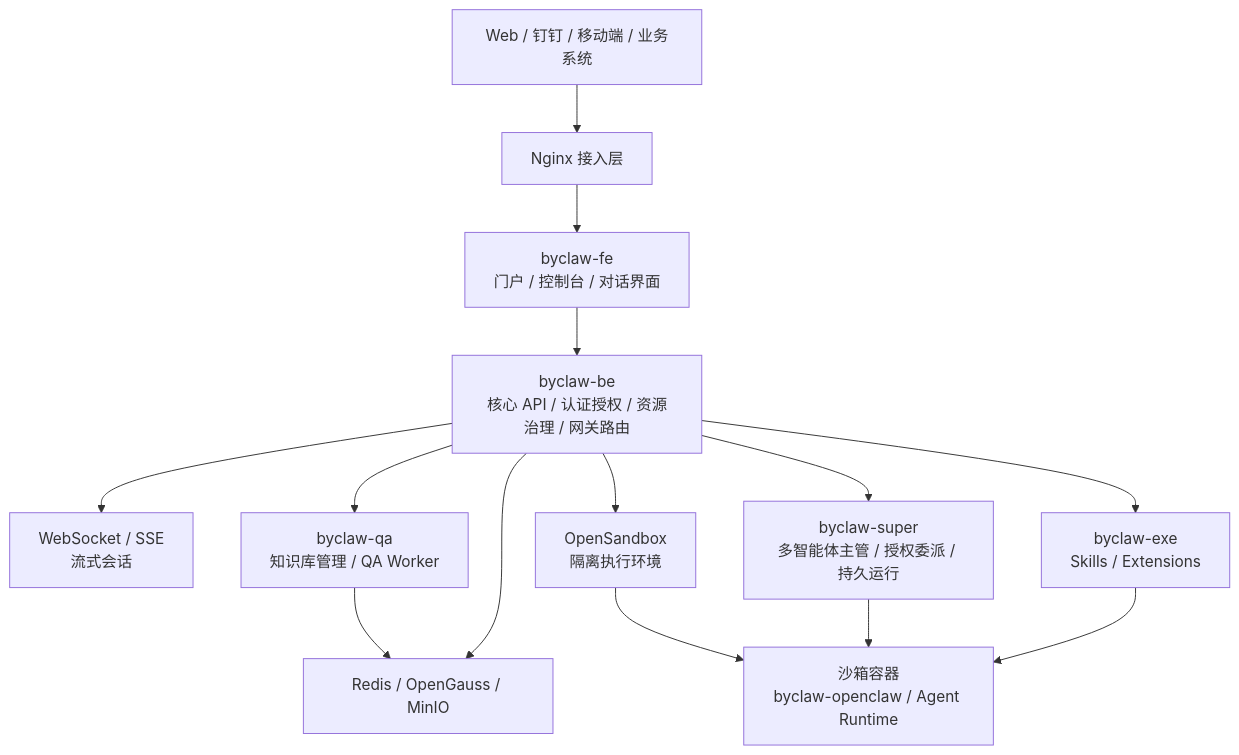
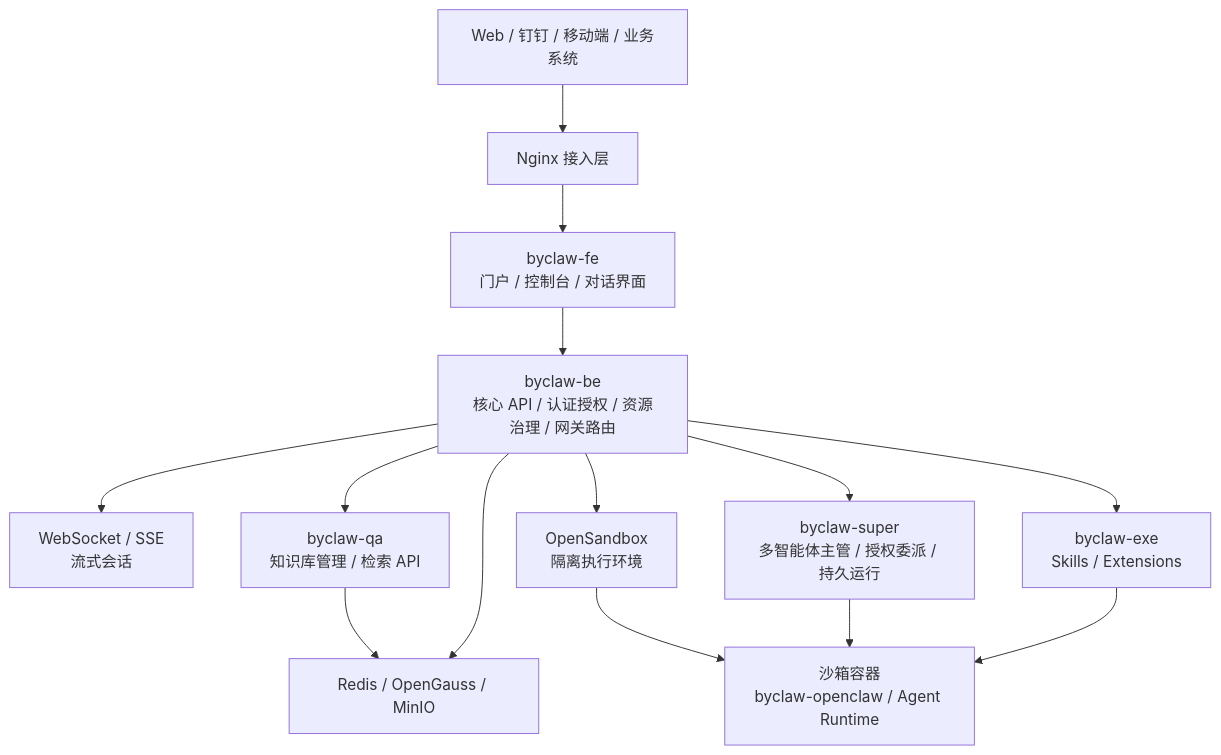
The second of 5 diagrams in README.md (beyonai/ByClaw), drawn with Mermaid before and after one commit. The commit also changed other lines of this file and 24 other files, not shown here.

````diff
--- a/README.md
+++ b/README.md
@@ -123,16 +123,16 @@
 ```mermaid
 flowchart TB
     client["Web / 钉钉 / 移动端 / 业务系统"] --> nginx["Nginx 接入层"]
     nginx --> fe["byclaw-fe<br/>门户 / 控制台 / 对话界面"]
     fe --> be["byclaw-be<br/>核心 API / 认证授权 / 资源治理 / 网关路由"]
     be --> ws["WebSocket / SSE<br/>流式会话"]
-    be --> qa["byclaw-qa<br/>知识库管理 / QA Worker"]
+    be --> qa["byclaw-qa<br/>知识库管理 / 检索 API"]
     be --> super["byclaw-super<br/>多智能体主管 / 授权委派 / 持久运行"]
     be --> exe["byclaw-exe<br/>Skills / Extensions"]
     be --> sandbox["OpenSandbox<br/>隔离执行环境"]
     sandbox --> sandboxRuntime["沙箱容器<br/>byclaw-openclaw / Agent Runtime"]
     super --> sandboxRuntime
     exe --> sandboxRuntime
     qa --> infra["Redis / OpenGauss / MinIO"]
     be --> infra
 ```
````
